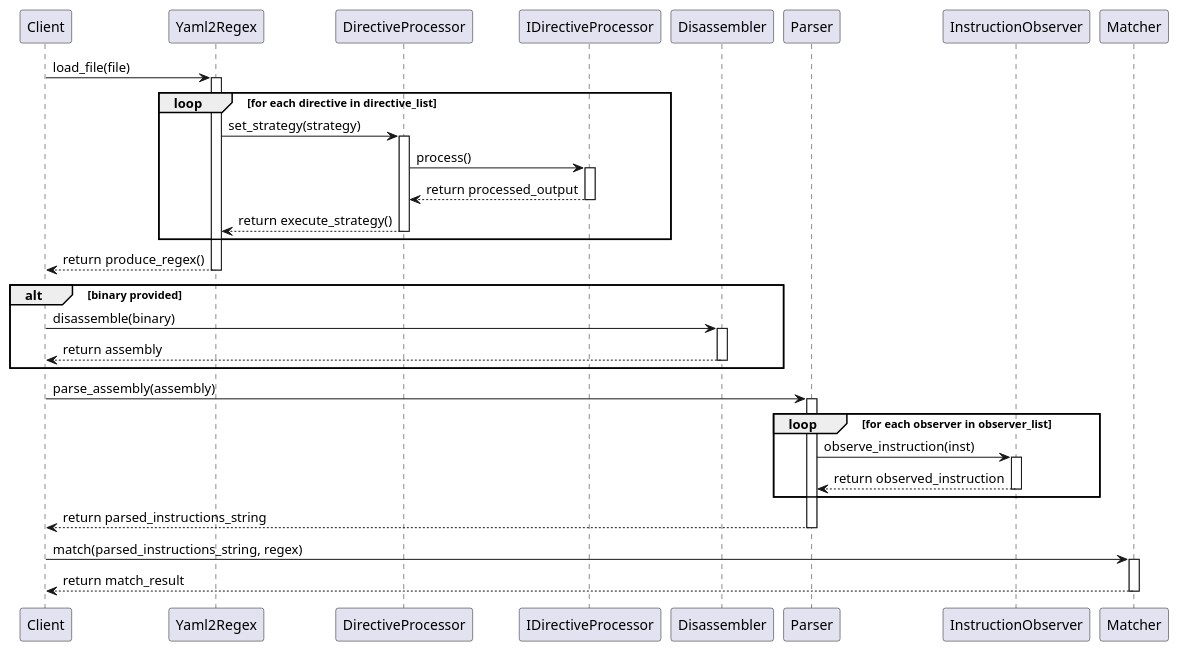
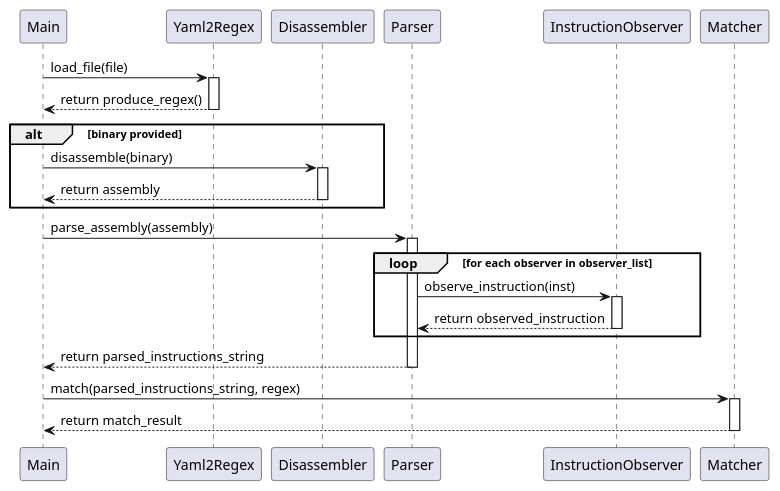
One commit to JukMR/JASM changed the diagram in design/sequence_diagram.puml. Above: the diagram before and after it, drawn with PlantUML. The commit also changed 12 other files, not shown here.

Commit message:
Join Parse and Disassemble classes into one. Remove paralellism in visiting observers.

```diff
--- a/design/sequence_diagram.puml
+++ b/design/sequence_diagram.puml
@@ -1,54 +1,42 @@
 @startuml sequence_diagram
 
-participant "Client" as Client
+participant "Main" as Main
 participant "Yaml2Regex" as Yaml2Regex
-participant "DirectiveProcessor" as DirectiveProcessor
-participant "IDirectiveProcessor" as IDirectiveProcessor
 participant "Disassembler" as Disassembler
 participant "Parser" as Parser
 participant "InstructionObserver" as InstructionObserver
 participant "Matcher" as Matcher
 
-Client -> Yaml2Regex: load_file(file)
+Main -> Yaml2Regex: load_file(file)
 activate Yaml2Regex
 
-loop for each directive in directive_list
-    Yaml2Regex -> DirectiveProcessor: set_strategy(strategy)
-    activate DirectiveProcessor
-    DirectiveProcessor -> IDirectiveProcessor: process()
-    activate IDirectiveProcessor
-    IDirectiveProcessor --> DirectiveProcessor: return processed_output
-    deactivate IDirectiveProcessor
-    DirectiveProcessor --> Yaml2Regex: return execute_strategy()
-    deactivate DirectiveProcessor
-end
 
-Yaml2Regex --> Client: return produce_regex()
+Yaml2Regex --> Main: return produce_regex()
 deactivate Yaml2Regex
 
 alt binary provided
-    Client -> Disassembler: disassemble(binary)
+    Main -> Disassembler: disassemble(binary)
     activate Disassembler
-    Disassembler --> Client: return assembly
+    Disassembler --> Main: return assembly
     deactivate Disassembler
 end
 
-Client -> Parser: parse_assembly(assembly)
+Main -> Parser: parse_assembly(assembly)
 activate Parser
 
 loop for each observer in observer_list
     Parser -> InstructionObserver: observe_instruction(inst)
     activate InstructionObserver
     InstructionObserver --> Parser: return observed_instruction
     deactivate InstructionObserver
 end
-Parser --> Client: return parsed_instructions_string
+Parser --> Main: return parsed_instructions_string
 deactivate Parser
 
-Client -> Matcher: match(parsed_instructions_string, regex)
+Main -> Matcher: match(parsed_instructions_string, regex)
 activate Matcher
-Matcher --> Client: return match_result
+Matcher --> Main: return match_result
 deactivate Matcher
 
 
 @enduml
```
